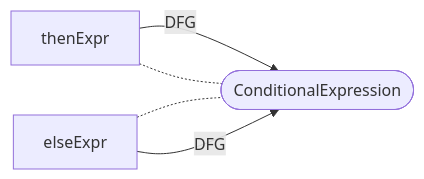
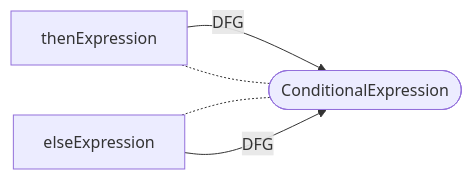
Before and after one commit to Fraunhofer-AISEC/cpg: diagram 13 of 38 in docs/docs/CPG/specs/dfg.md, drawn with Mermaid. The commit also changed other lines of this file and 3 other files, not shown here.

````diff
--- a/docs/docs/CPG/specs/dfg.md
+++ b/docs/docs/CPG/specs/dfg.md
@@ -200,7 +200,7 @@
   ```mermaid
   flowchart LR
-    thenExpr -- DFG --> node([ConditionalExpression]);
-    thenExpr -.- node;
-    elseExpr -.- node;
-    elseExpr -- DFG --> node;
+    thenExpression -- DFG --> node([ConditionalExpression]);
+    thenExpression -.- node;
+    elseExpression -.- node;
+    elseExpression -- DFG --> node;
    ```
````
